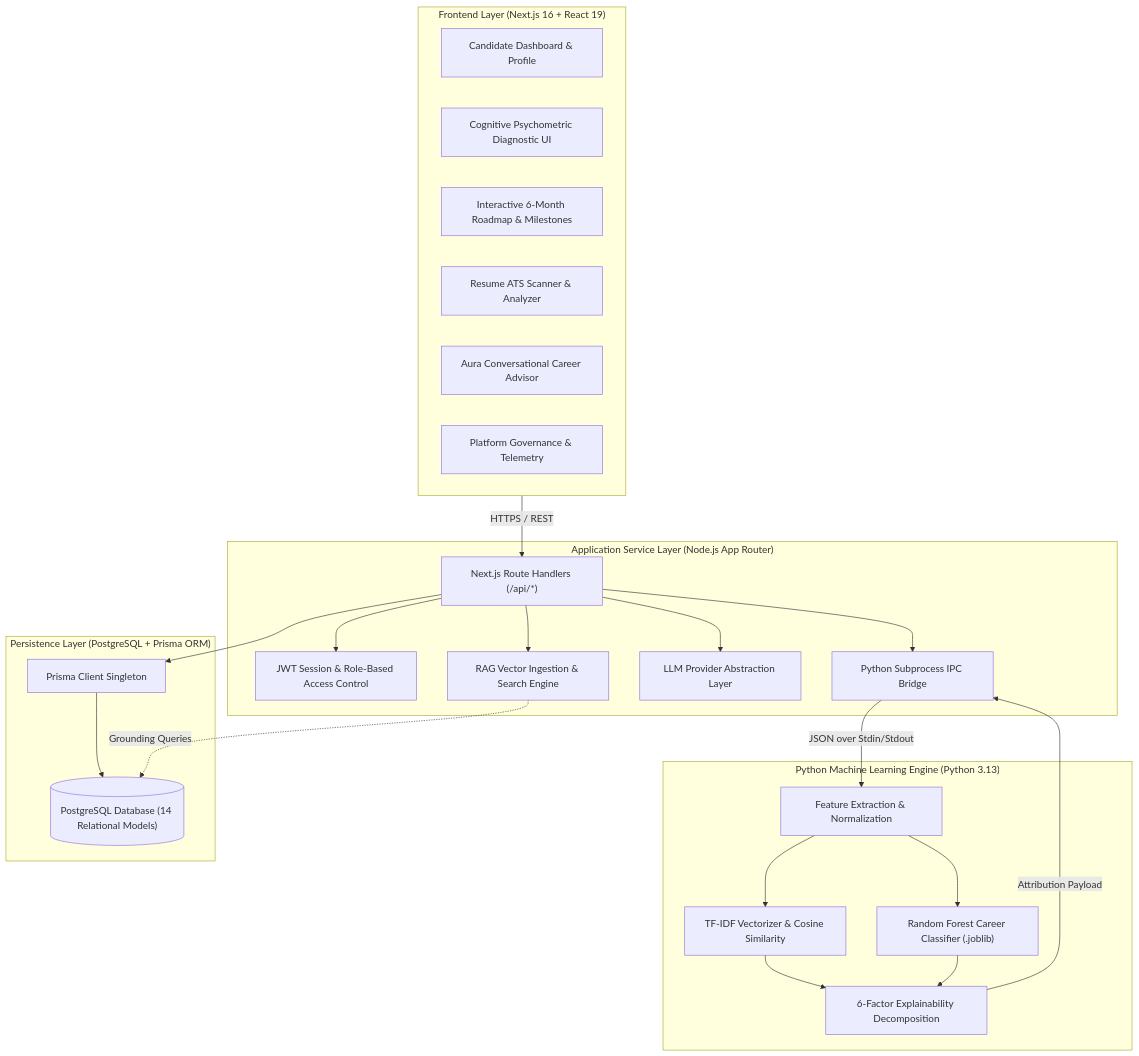
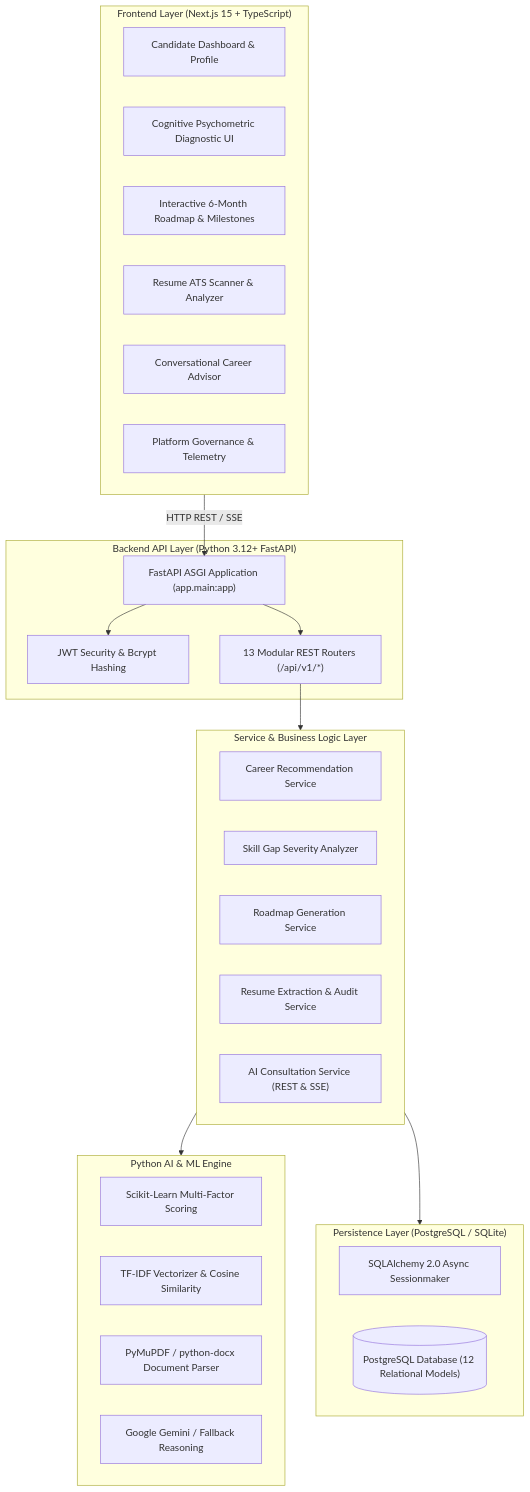
The diagram in README.md (bunnyvalluri/4---1), drawn with Mermaid before and after one commit. The commit also changed other lines of this file, not shown here.

Commit message:
docs: update README.md to reflect 100% Python backend architecture

````diff
--- a/README.md
+++ b/README.md
@@ -69,53 +57,45 @@
 ```mermaid
 flowchart TD
-    subgraph ClientLayer["Frontend Layer (Next.js 16 + React 19)"]
+    subgraph ClientLayer["Frontend Layer (Next.js 15 + TypeScript)"]
         UI["Candidate Dashboard & Profile"]
         AssessUI["Cognitive Psychometric Diagnostic UI"]
         RoadmapUI["Interactive 6-Month Roadmap & Milestones"]
         ResumeUI["Resume ATS Scanner & Analyzer"]
-        ChatUI["Aura Conversational Career Advisor"]
+        ChatUI["Conversational Career Advisor"]
         AdminUI["Platform Governance & Telemetry"]
     end
 
-    subgraph ServiceLayer["Application Service Layer (Node.js App Router)"]
-        APIRouter["Next.js Route Handlers (/api/*)"]
-        AuthModule["JWT Session & Role-Based Access Control"]
-        IPCGateway["Python Subprocess IPC Bridge"]
-        LLMManager["LLM Provider Abstraction Layer"]
-        RAGService["RAG Vector Ingestion & Search Engine"]
+    subgraph APILayer["Backend API Layer (Python 3.12+ FastAPI)"]
+        FastAPI["FastAPI ASGI Application (app.main:app)"]
+        AuthModule["JWT Security & Bcrypt Hashing"]
+        Routers["13 Modular REST Routers (/api/v1/*)"]
     end
 
-    subgraph MLLayer["Python Machine Learning Engine (Python 3.13)"]
-        FeatExtract["Feature Extraction & Normalization"]
-        VectorEngine["TF-IDF Vectorizer & Cosine Similarity"]
-        Classifier["Random Forest Career Classifier (.joblib)"]
-        Attribution["6-Factor Explainability Decomposition"]
+    subgraph ServiceLayer["Service & Business Logic Layer"]
+        RecService["Career Recommendation Service"]
+        GapService["Skill Gap Severity Analyzer"]
+        RoadmapService["Roadmap Generation Service"]
+        ResumeService["Resume Extraction & Audit Service"]
+        ChatService["AI Consultation Service (REST & SSE)"]
     end
 
-    subgraph DataLayer["Persistence Layer (PostgreSQL + Prisma ORM)"]
-        PrismaClient["Prisma Client Singleton"]
-        PGDB[("PostgreSQL Database (14 Relational Models)")]
+    subgraph MLLayer["Python AI & ML Engine"]
+        ScikitLearn["Scikit-Learn Multi-Factor Scoring"]
+        TFIDF["TF-IDF Vectorizer & Cosine Similarity"]
+        PyMuPDF["PyMuPDF / python-docx Document Parser"]
+        Gemini["Google Gemini / Fallback Reasoning"]
     end
 
-    %% Client to Service Connections
-    ClientLayer -->|HTTPS / REST| APIRouter
+    subgraph DataLayer["Persistence Layer (PostgreSQL / SQLite)"]
+        SQLAlchemy["SQLAlchemy 2.0 Async Sessionmaker"]
+        PGDB[("PostgreSQL Database (12 Relational Models)")]
+    end
 
-    %% Service Internals
-    APIRouter --> AuthModule
-    APIRouter --> PrismaClient
-    APIRouter --> IPCGateway
-    APIRouter --> LLMManager
-    APIRouter --> RAGService
-
-    %% Service to ML
-    IPCGateway -->|JSON over Stdin/Stdout| FeatExtract
-    FeatExtract --> VectorEngine
-    FeatExtract --> Classifier
-    VectorEngine --> Attribution
-    Classifier --> Attribution
-    Attribution -->|Attribution Payload| IPCGateway
-
-    %% Service to Database
-    PrismaClient --> PGDB
-    RAGService -.->|Grounding Queries| PGDB
+    %% Client to API
+    ClientLayer -->|HTTP REST / SSE| FastAPI
+    FastAPI --> AuthModule
+    FastAPI --> Routers
+    Routers --> ServiceLayer
+    ServiceLayer --> MLLayer
+    ServiceLayer --> DataLayer
 ```
````
